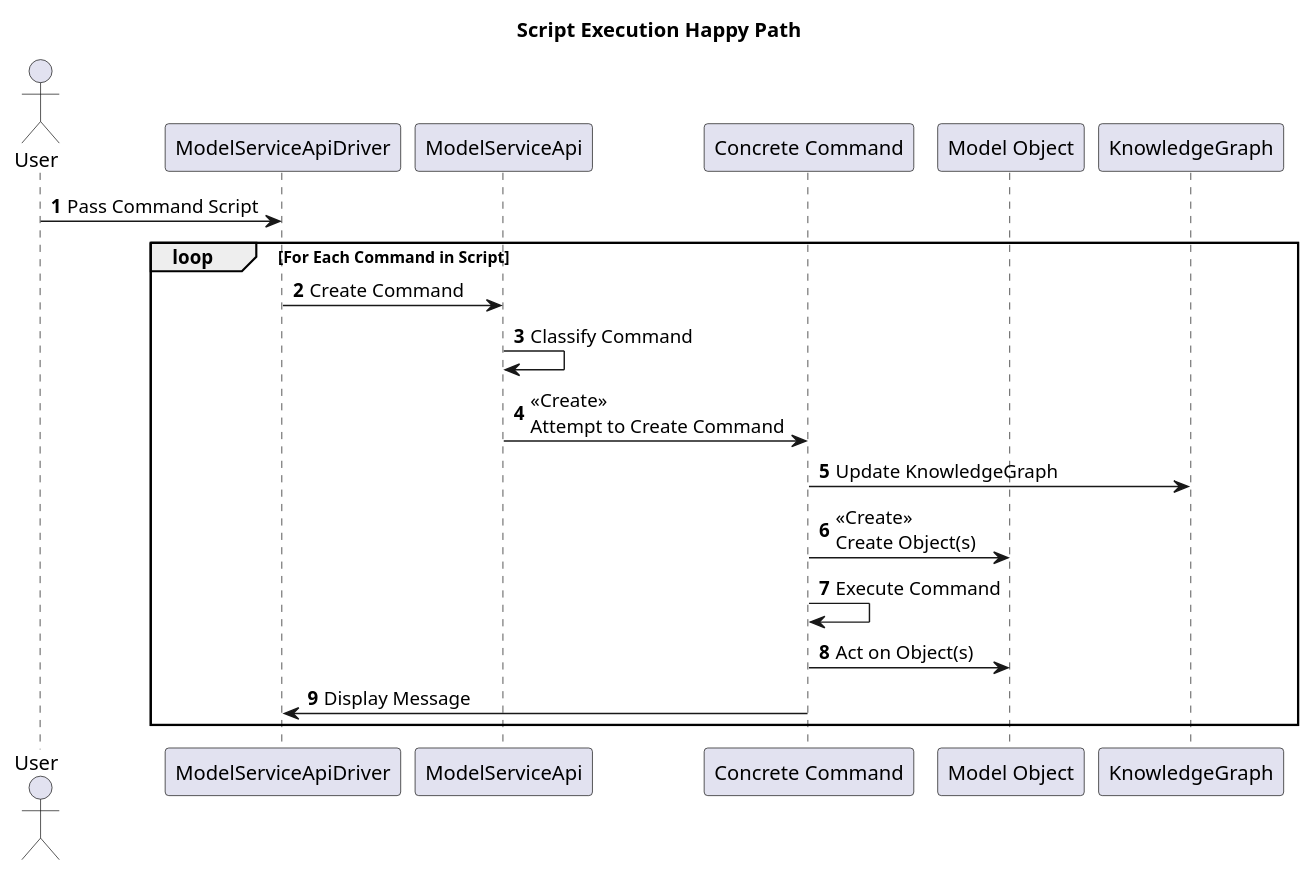
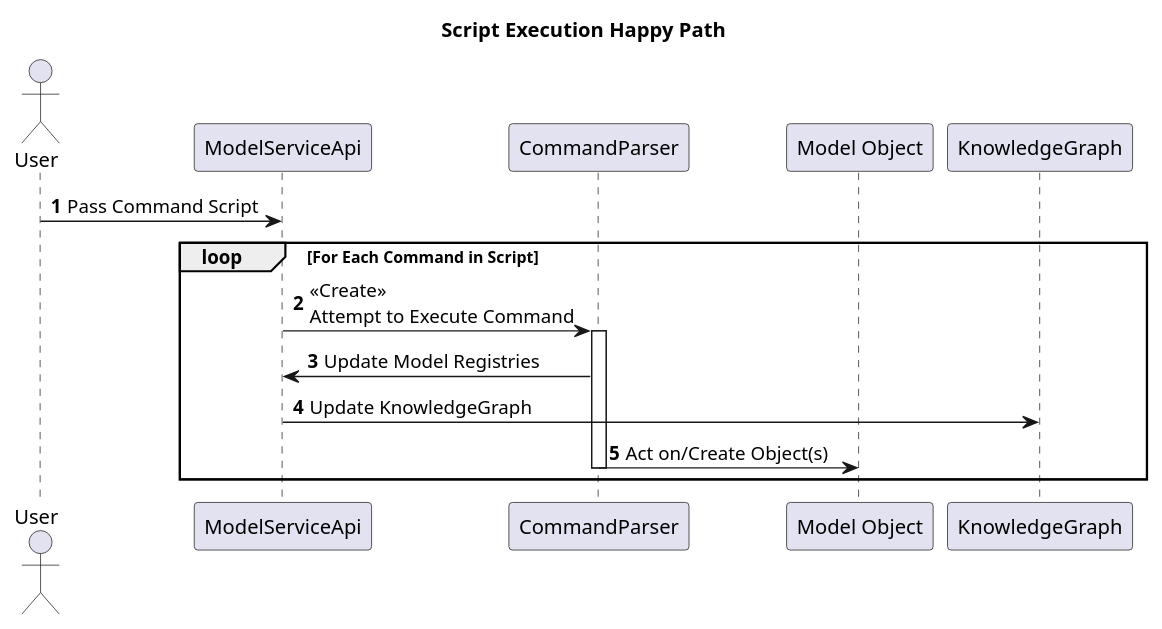
One commit to erikorlowski/cscie97 changed the second of 3 diagrams in cscie97/asn2/Design.md. Above: the diagram before and after it, drawn with PlantUML. The commit also changed other lines of this file and 15 other files, not shown here.

````diff
--- a/cscie97/asn2/Design.md
+++ b/cscie97/asn2/Design.md
@@ -228,25 +229,22 @@
 ```plantuml
 @startuml
 title Script Execution Happy Path
 
 autonumber
 
 actor User
-participant ModelServiceApiDriver
 participant ModelServiceApi
-participant Command as "Concrete Command"
+participant Command as "CommandParser"
 participant Obj as "Model Object"
 
-User -> ModelServiceApiDriver : Pass Command Script
+User -> ModelServiceApi : Pass Command Script
 loop For Each Command in Script
-    ModelServiceApiDriver -> ModelServiceApi : Create Command
-    ModelServiceApi -> ModelServiceApi : Classify Command
-    ModelServiceApi -> Command : <<Create>>\nAttempt to Create Command
-    Command -> KnowledgeGraph : Update KnowledgeGraph
-    Command -> Obj : <<Create>>\nCreate Object(s)
-    Command -> Command : Execute Command
-    Command -> Obj : Act on Object(s)
-    Command -> ModelServiceApiDriver : Display Message
+    ModelServiceApi -> Command : <<Create>>\nAttempt to Execute Command
+    activate Command
+    Command -> ModelServiceApi : Update Model Registries
+    ModelServiceApi -> KnowledgeGraph : Update KnowledgeGraph
+    Command -> Obj : Act on/Create Object(s)
+    deactivate Command
 end
 @enduml
 ```
````
